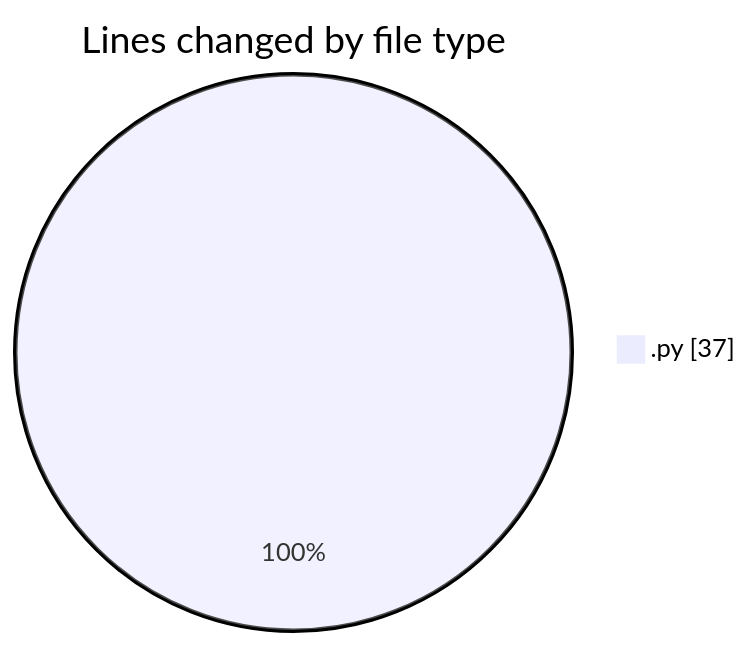
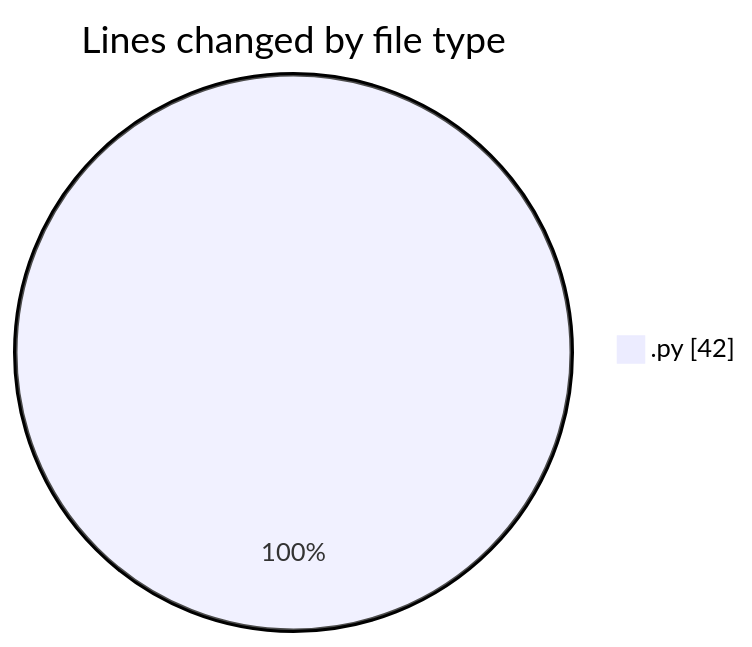
One commit to hasnaa123/code-tracking changed the first of 2 diagrams in 2026-02-23/student_performance_system/README.md. Above: the diagram before and after it, drawn with Mermaid. The commit also changed other lines of this file and 1 other file, not shown here.

````diff
--- a/2026-02-23/student_performance_system/README.md
+++ b/2026-02-23/student_performance_system/README.md
@@ -20,5 +20,5 @@
 ```mermaid
 pie showData
 title Lines changed by file type
-".py" : 37
+".py" : 42
 ```
````
